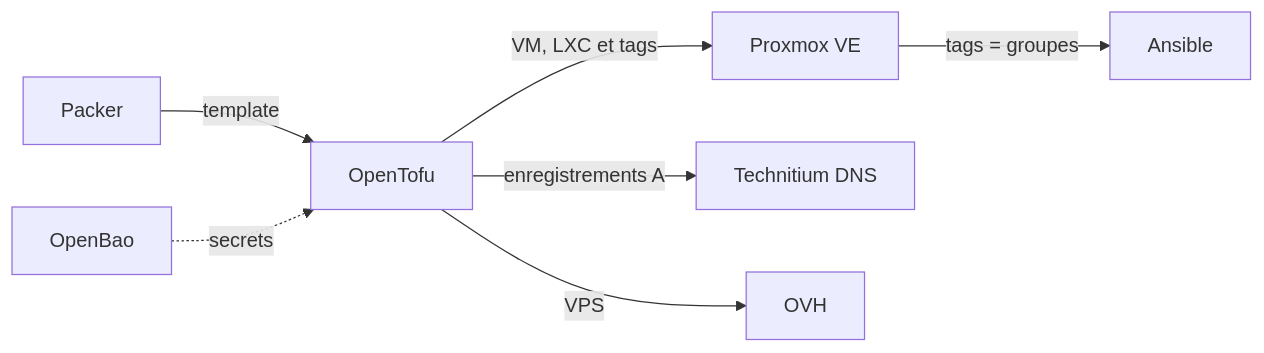
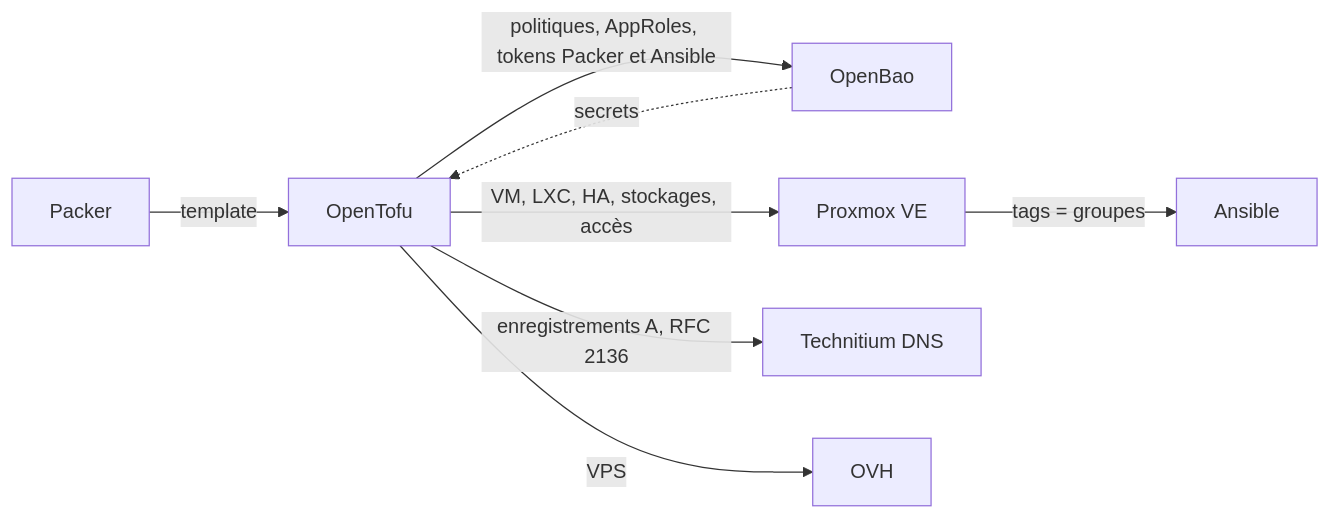
One commit to atilili-homelab/opentofu changed the diagram in README.md. Above: the diagram before and after it, drawn with Mermaid. The commit also changed other lines of this file, not shown here.

````diff
--- a/README.md
+++ b/README.md
@@ -22,9 +26,10 @@
 ```mermaid
 flowchart LR
     packer[Packer] -->|template| tofu[OpenTofu]
     bao[OpenBao] -.->|secrets| tofu
-    tofu -->|VM, LXC et tags| pve[Proxmox VE]
-    tofu -->|enregistrements A| dns[Technitium DNS]
+    tofu -->|politiques, AppRoles, tokens Packer et Ansible| bao
+    tofu -->|VM, LXC, HA, stockages, accès| pve[Proxmox VE]
+    tofu -->|enregistrements A, RFC 2136| dns[Technitium DNS]
     tofu -->|VPS| ovh[OVH]
     pve -->|tags = groupes| ansible[Ansible]
 ```
````
